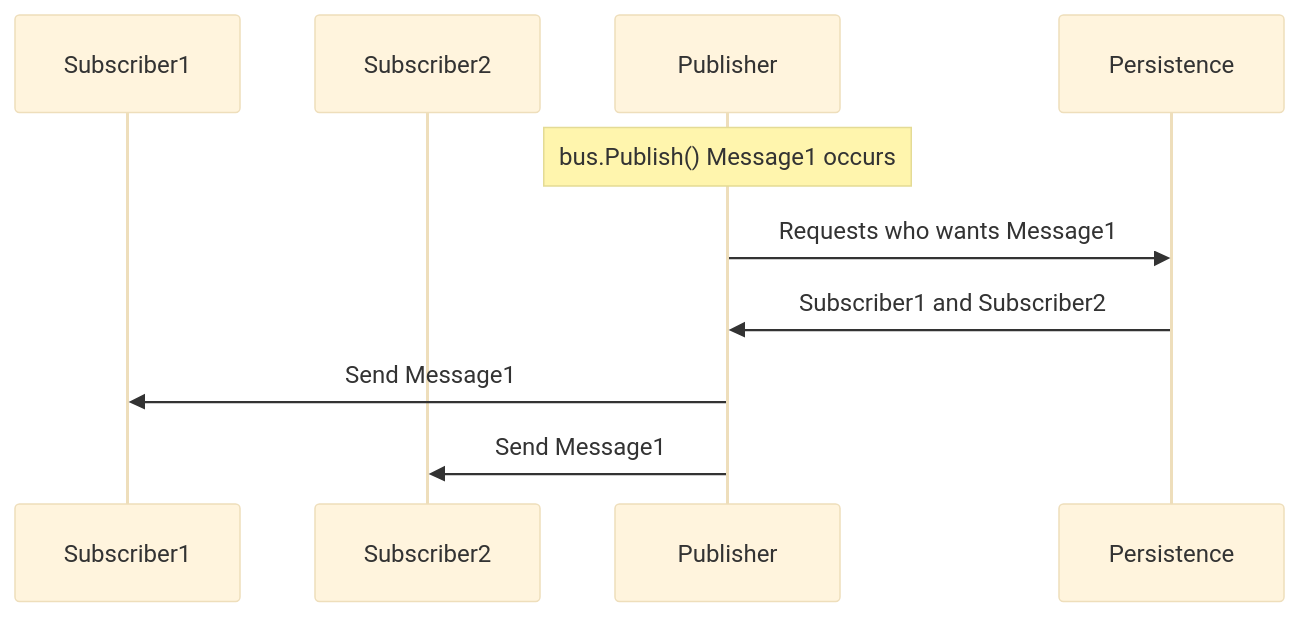
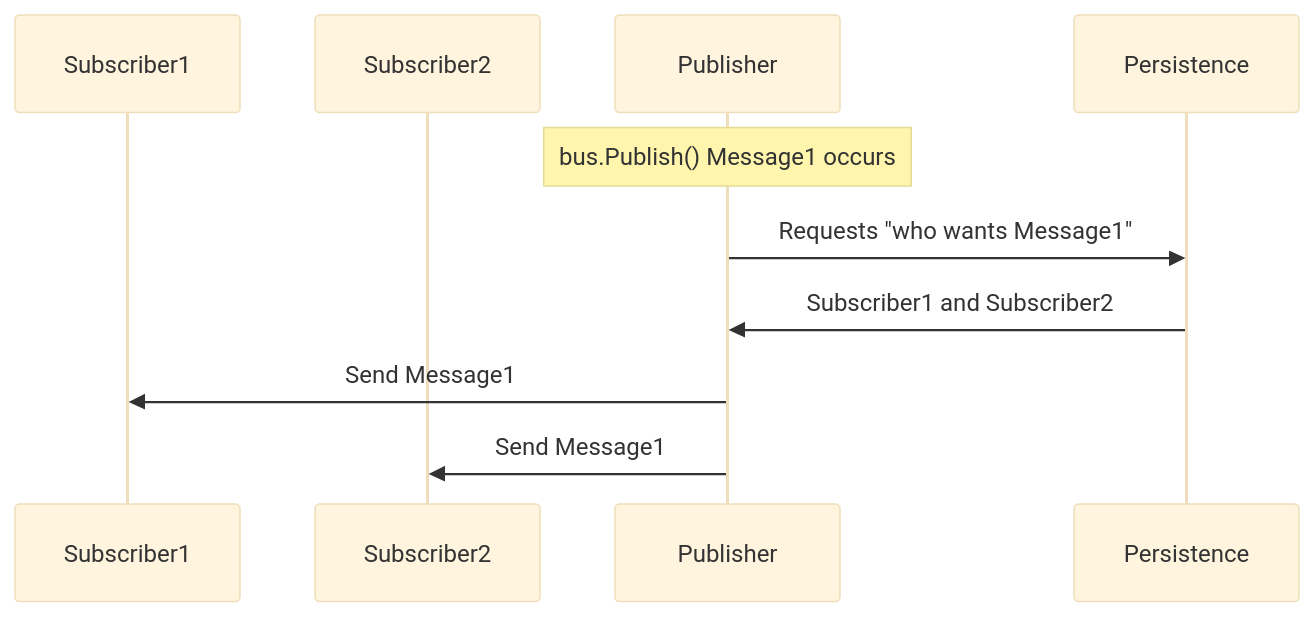
One commit to Particular/docs.particular.net changed the second of 4 diagrams in nservicebus/messaging/publish-subscribe/index.md. Above: the diagram before and after it, drawn with Mermaid (base theme). The commit also changed other lines of this file, not shown here.

````diff
--- a/nservicebus/messaging/publish-subscribe/index.md
+++ b/nservicebus/messaging/publish-subscribe/index.md
@@ -87,11 +87,11 @@
 ```mermaid
 sequenceDiagram
 
 Participant Subscriber1 As Subscriber1
 Participant Subscriber2 As Subscriber2
 Note over Publisher: bus.Publish() Message1 occurs
-Publisher ->> Persistence: Requests who wants Message1
+Publisher ->> Persistence: Requests "who wants Message1"
 Persistence ->> Publisher: Subscriber1 and Subscriber2
 Publisher ->> Subscriber1: Send Message1
 Publisher ->> Subscriber2: Send Message1
 ```
````
